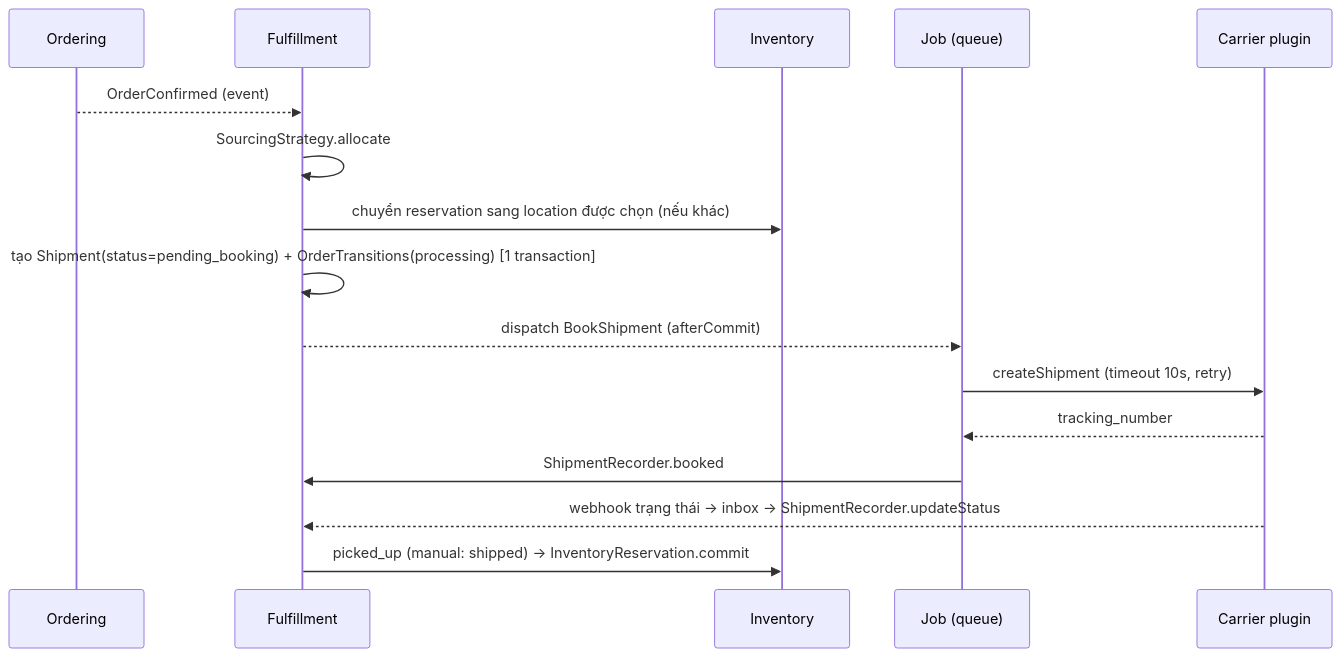
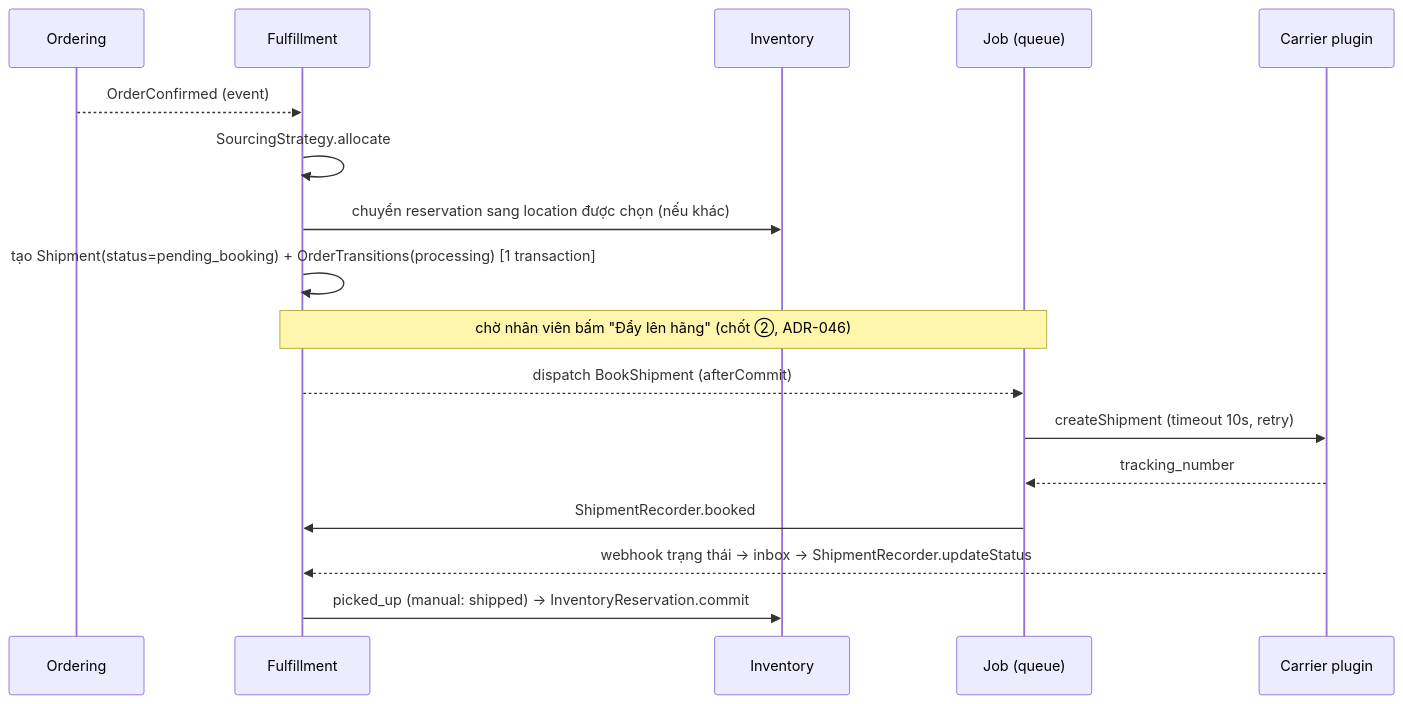
One commit to ptdat97/vanishop changed the diagram in docs/09-order/fulfillment.md. Above: the diagram before and after it, drawn with Mermaid. The commit also changed other lines of this file and 7 other files, not shown here.

First line of the commit message:
ADR-046 + vision §2.2: vận hành có người ở ba chốt (xác nhận COD, đẩy lên hãng, duyệt đổi trả)

````diff
--- a/docs/09-order/fulfillment.md
+++ b/docs/09-order/fulfillment.md
@@ -52,18 +70,19 @@
 ```mermaid
 sequenceDiagram
     participant O as Ordering
     participant F as Fulfillment
     participant I as Inventory
     participant J as Job (queue)
     participant C as Carrier plugin
     O-->>F: OrderConfirmed (event)
     F->>F: SourcingStrategy.allocate
     F->>I: chuyển reservation sang location được chọn (nếu khác)
     F->>F: tạo Shipment(status=pending_booking) + OrderTransitions(processing)  [1 transaction]
+    Note over F,J: chờ nhân viên bấm "Đẩy lên hãng" (chốt ②, ADR-046)
     F-->>J: dispatch BookShipment (afterCommit)
     J->>C: createShipment (timeout 10s, retry)
     C-->>J: tracking_number
     J->>F: ShipmentRecorder.booked
     C-->>F: webhook trạng thái → inbox → ShipmentRecorder.updateStatus
     F->>I: picked_up (manual: shipped) → InventoryReservation.commit
 ```
````
